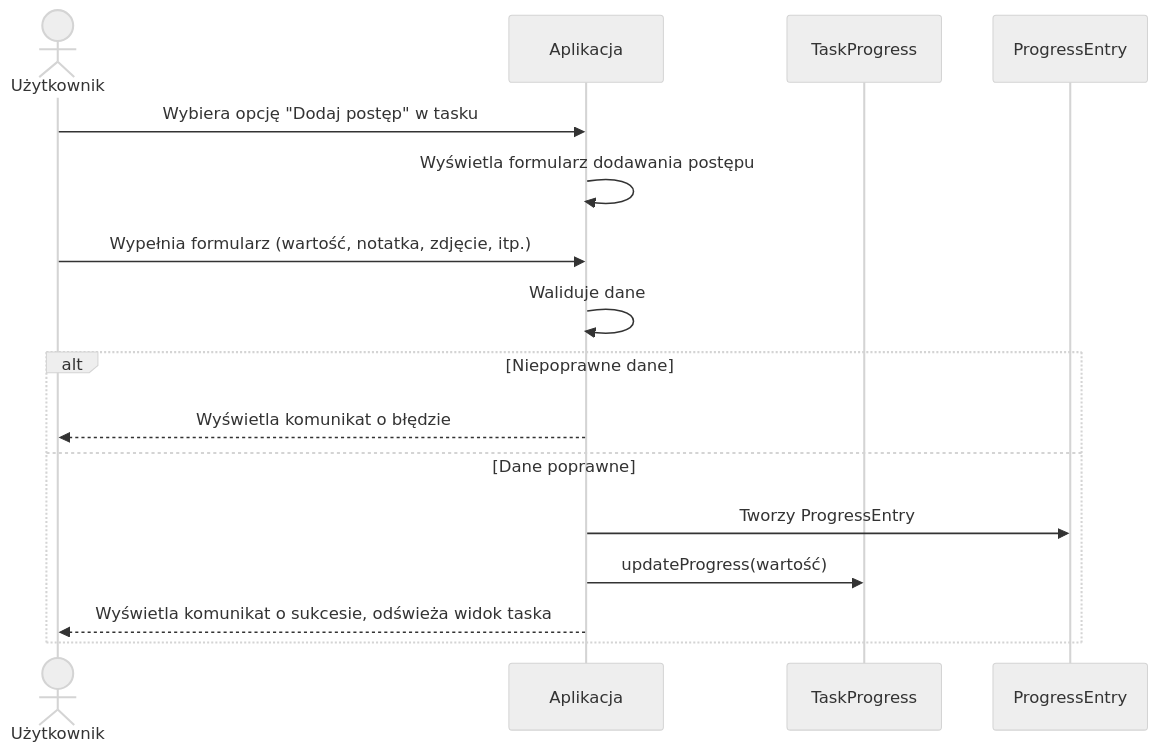
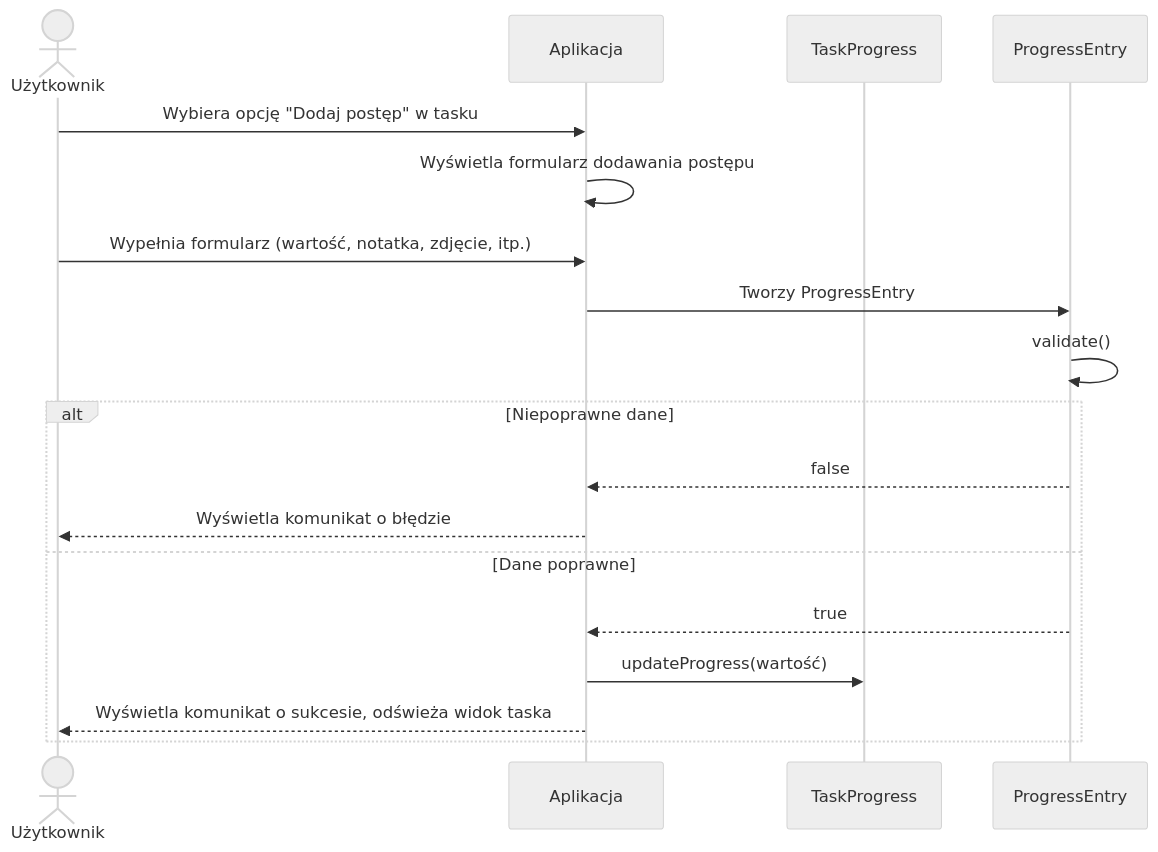
Before and after one commit to Tarnuchy/EggJob: the diagram in docs/zadanie4/diagram-sekwencji-dodawania-progress-entry.md, drawn with Mermaid (neutral theme).

Commit message:
fix seq diag pe

````diff
--- a/docs/zadanie4/diagram-sekwencji-dodawania-progress-entry.md
+++ b/docs/zadanie4/diagram-sekwencji-dodawania-progress-entry.md
@@ -3,19 +3,21 @@
 ```mermaid
 sequenceDiagram
     actor U as Użytkownik
     participant UI as Aplikacja
     participant TP as TaskProgress
     participant PE as ProgressEntry
 
     U->>UI: Wybiera opcję "Dodaj postęp" w tasku
     UI->>UI: Wyświetla formularz dodawania postępu
     U->>UI: Wypełnia formularz (wartość, notatka, zdjęcie, itp.)
-    UI->>UI: Waliduje dane
+    UI->>PE: Tworzy ProgressEntry
+    PE->>PE: validate()
     alt Niepoprawne dane
+        PE-->>UI: false
         UI-->>U: Wyświetla komunikat o błędzie
     else Dane poprawne
-        UI->>PE: Tworzy ProgressEntry
+        PE-->>UI: true
         UI->>TP: updateProgress(wartość)
         UI-->>U: Wyświetla komunikat o sukcesie, odświeża widok taska
     end
 ```
````
